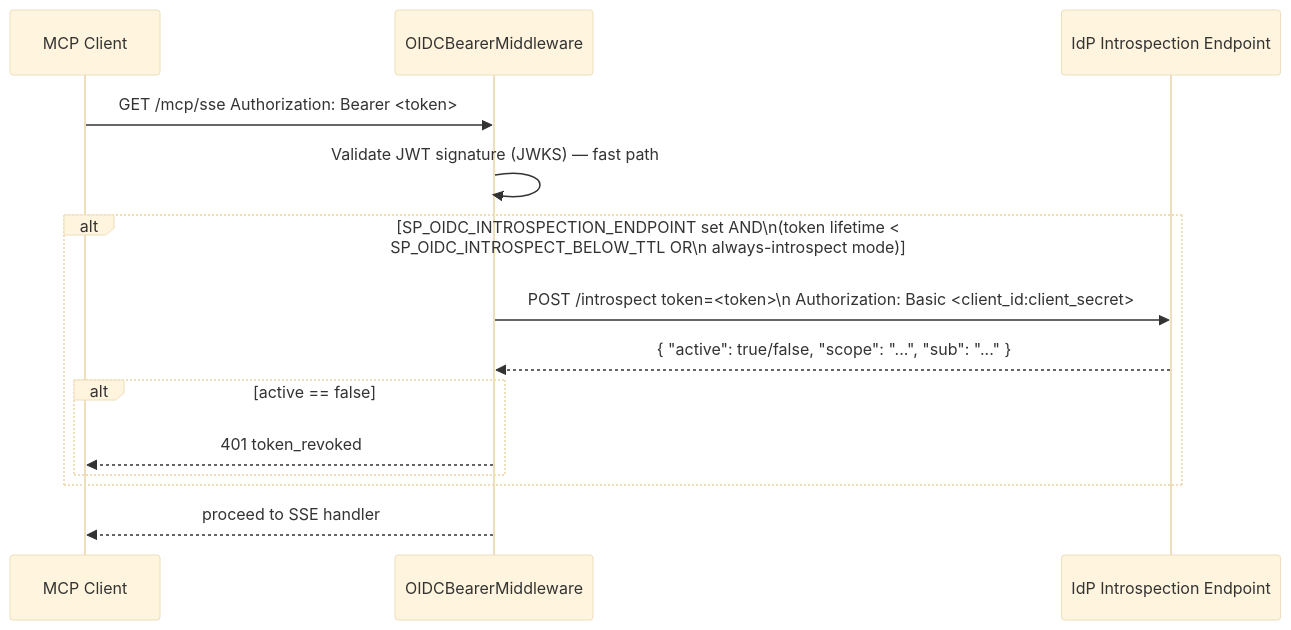
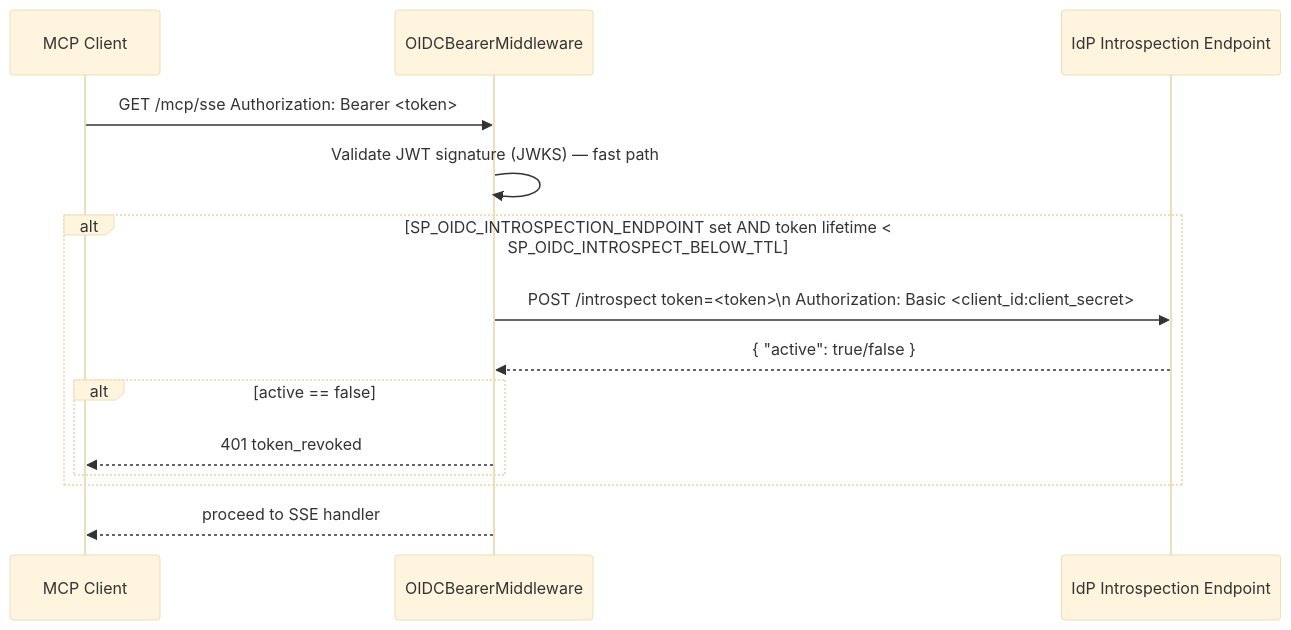
One commit to albee-jhoney/storage-protect-mcp-server changed the fourth of 6 diagrams in docs/design/security-oauth2.md. Above: the diagram before and after it, drawn with Mermaid (base theme). The commit also changed other lines of this file and 10 other files, not shown here.

````diff
--- a/docs/design/security-oauth2.md
+++ b/docs/design/security-oauth2.md
@@ -214,17 +219,17 @@
 ```mermaid
 sequenceDiagram
     participant C as MCP Client
     participant MCP as OIDCBearerMiddleware
     participant IDP as IdP Introspection Endpoint
 
     C->>MCP: GET /mcp/sse  Authorization: Bearer <token>
     MCP->>MCP: Validate JWT signature (JWKS) — fast path
-    alt SP_OIDC_INTROSPECTION_ENDPOINT set AND\n(token lifetime < SP_OIDC_INTROSPECT_BELOW_TTL OR\n always-introspect mode)
+    alt SP_OIDC_INTROSPECTION_ENDPOINT set AND token lifetime < SP_OIDC_INTROSPECT_BELOW_TTL
         MCP->>IDP: POST /introspect  token=<token>\n  Authorization: Basic <client_id:client_secret>
-        IDP-->>MCP: { "active": true/false, "scope": "...", "sub": "..." }
+        IDP-->>MCP: { "active": true/false }
         alt active == false
             MCP-->>C: 401 token_revoked
         end
     end
     MCP-->>C: proceed to SSE handler
 ```
````
